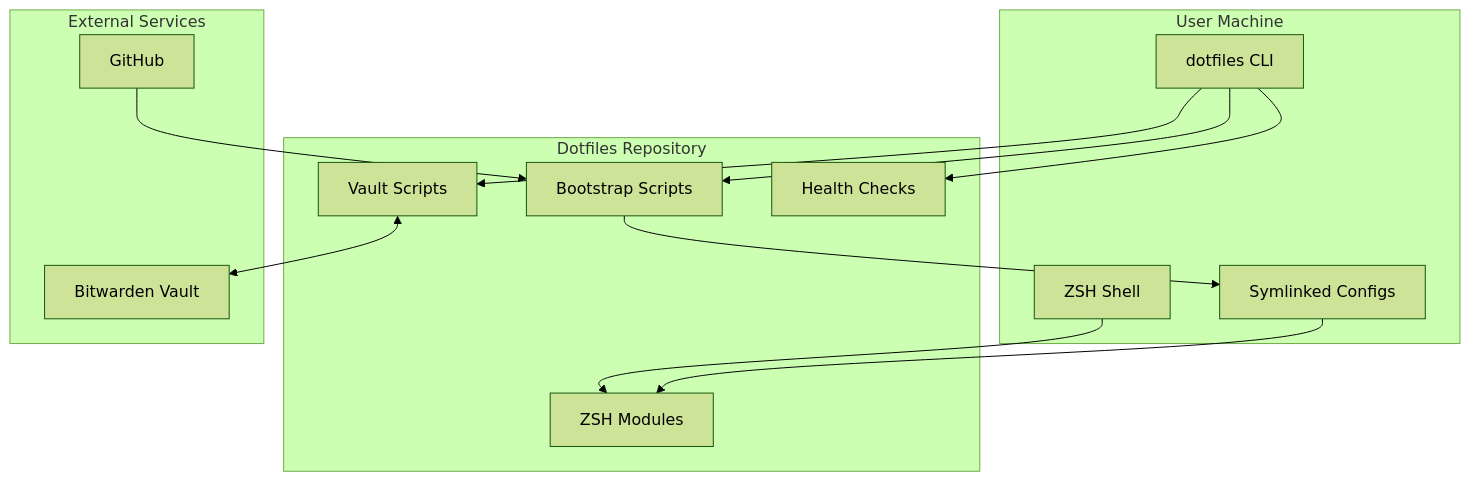
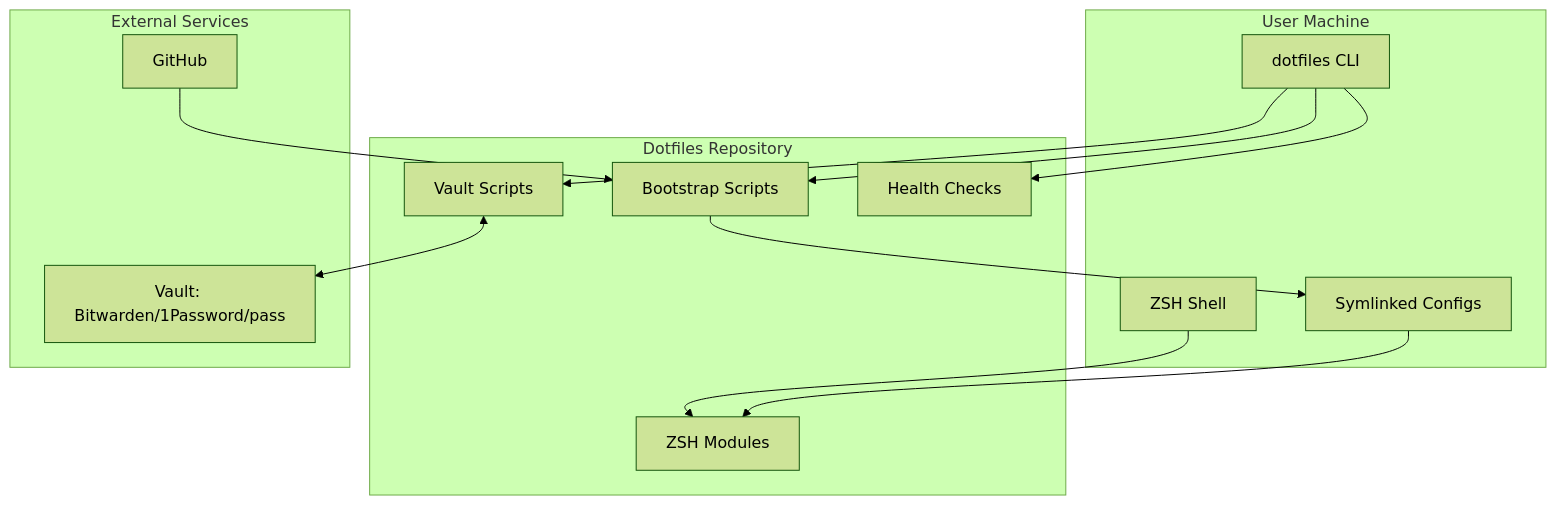
One commit to blackwell-systems/blackdot changed the first of 8 diagrams in docs/architecture.md. Above: the diagram before and after it, drawn with Mermaid (forest theme). The commit also changed other lines of this file and 12 other files, not shown here.

````diff
--- a/docs/architecture.md
+++ b/docs/architecture.md
@@ -7,30 +7,30 @@
 ```mermaid
 graph TB
     subgraph "User Machine"
         CLI[dotfiles CLI]
         ZSH[ZSH Shell]
         SYMLINKS[Symlinked Configs]
     end
 
     subgraph "Dotfiles Repository"
         BOOTSTRAP[Bootstrap Scripts]
         VAULT[Vault Scripts]
         DOCTOR[Health Checks]
         ZSHD[ZSH Modules]
     end
 
     subgraph "External Services"
-        BW[Bitwarden Vault]
+        BW[Vault: Bitwarden/1Password/pass]
         GH[GitHub]
     end
 
     CLI --> DOCTOR
     CLI --> VAULT
     CLI --> BOOTSTRAP
     ZSH --> ZSHD
     SYMLINKS --> ZSHD
 
     VAULT <--> BW
     BOOTSTRAP --> SYMLINKS
     GH --> BOOTSTRAP
 ```
````
